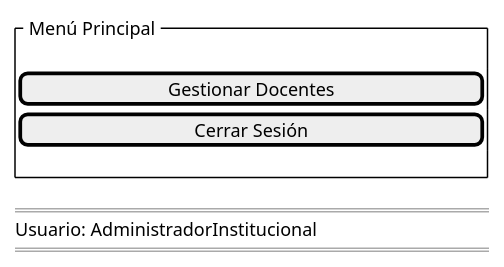
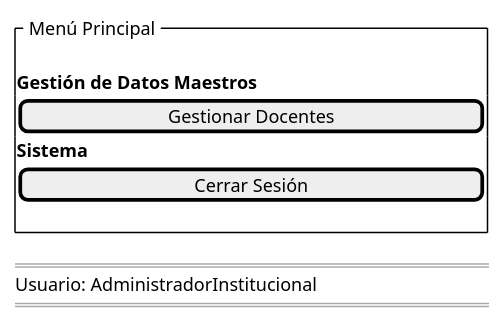
One commit to martinlopez7/25-26-IdSw1-SdR changed the diagram in documents/casos-de-uso/prototipadoCasosDeUso/completarGestion/completarGestionAdministradorInsitucional.puml. Above: the diagram before and after it, drawn with PlantUML. The commit also changed 9 other files, not shown here.

```diff
--- a/documents/casos-de-uso/prototipadoCasosDeUso/completarGestion/completarGestionAdministradorInsitucional.puml
+++ b/documents/casos-de-uso/prototipadoCasosDeUso/completarGestion/completarGestionAdministradorInsitucional.puml
@@ -1,13 +1,15 @@
 @startsalt
 {
     {^" Menú Principal "
         .
+        **Gestión de Datos Maestros**
         [Gestionar Docentes                    ]
+        **Sistema**
         [Cerrar Sesión                         ]
         .
     }
     ====
     Usuario: AdministradorInstitucional
     ====
 }
 @endsalt
```
